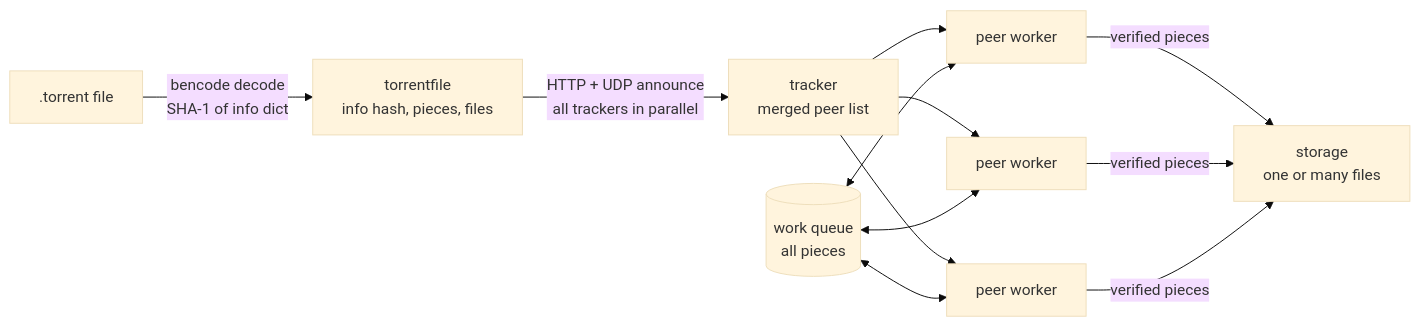
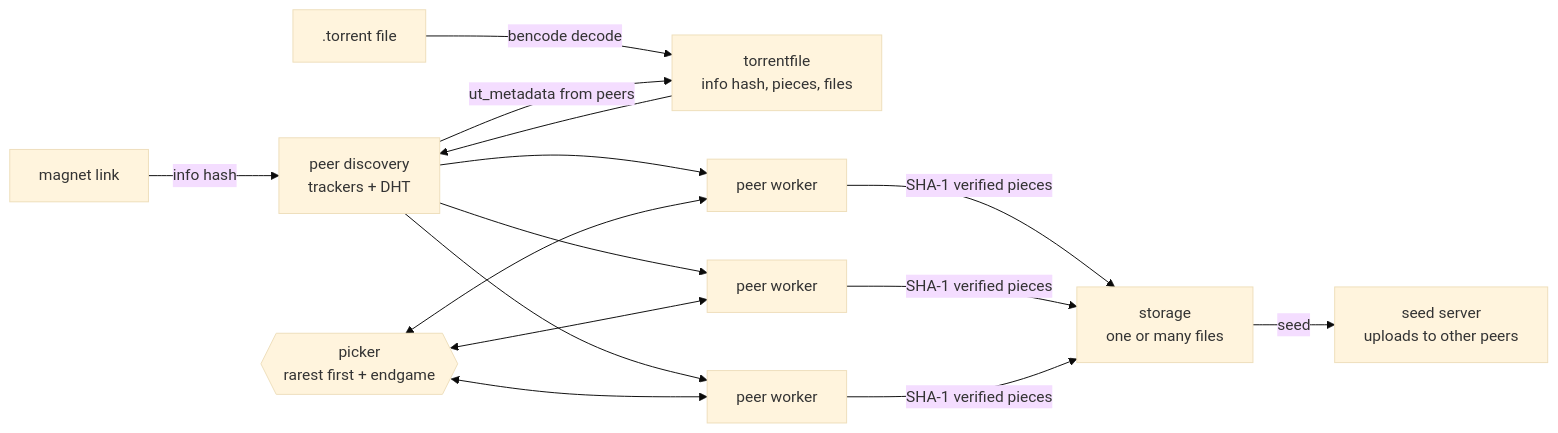
One commit to AMINA-ELHASNAOUY/mini-bittorrent changed the diagram in README.md. Above: the diagram before and after it, drawn with Mermaid (base theme). The commit also changed other lines of this file, not shown here.

Commit message:
README: magnet links, DHT, seeding, rarest-first; roadmap complete

````diff
--- a/README.md
+++ b/README.md
@@ -53,10 +58,11 @@
 ```mermaid
 flowchart LR
-    T[".torrent file"] -->|bencode decode<br/>SHA-1 of info dict| P["torrentfile<br/>info hash, pieces, files"]
-    P -->|HTTP + UDP announce<br/>all trackers in parallel| TR["tracker<br/>merged peer list"]
-    TR --> W1["peer worker"]
-    TR --> W2["peer worker"]
-    TR --> W3["peer worker"]
-    Q[("work queue<br/>all pieces")] <--> W1 & W2 & W3
-    W1 & W2 & W3 -->|verified pieces| F["storage<br/>one or many files"]
+    M["magnet link"] -->|info hash| D["peer discovery<br/>trackers + DHT"]
+    T[".torrent file"] -->|bencode decode| P["torrentfile<br/>info hash, pieces, files"]
+    D -->|ut_metadata from peers| P
+    P --> D
+    D --> W1["peer worker"] & W2["peer worker"] & W3["peer worker"]
+    K{{"picker<br/>rarest first + endgame"}} <--> W1 & W2 & W3
+    W1 & W2 & W3 -->|SHA-1 verified pieces| F["storage<br/>one or many files"]
+    F -->|seed| S["seed server<br/>uploads to other peers"]
 ```
````
